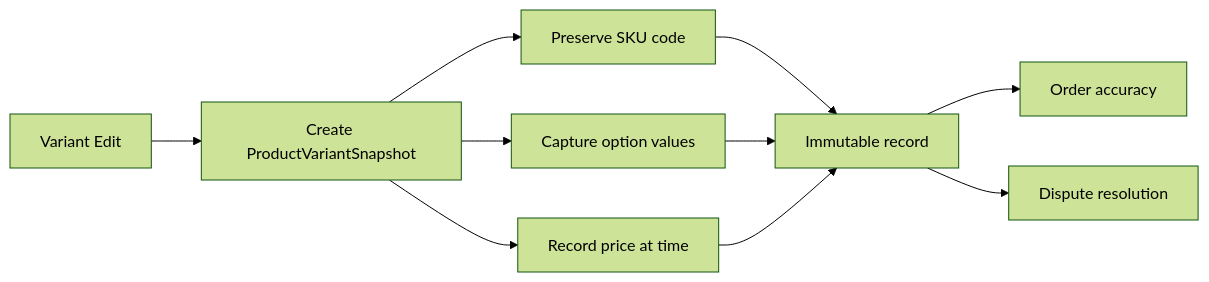
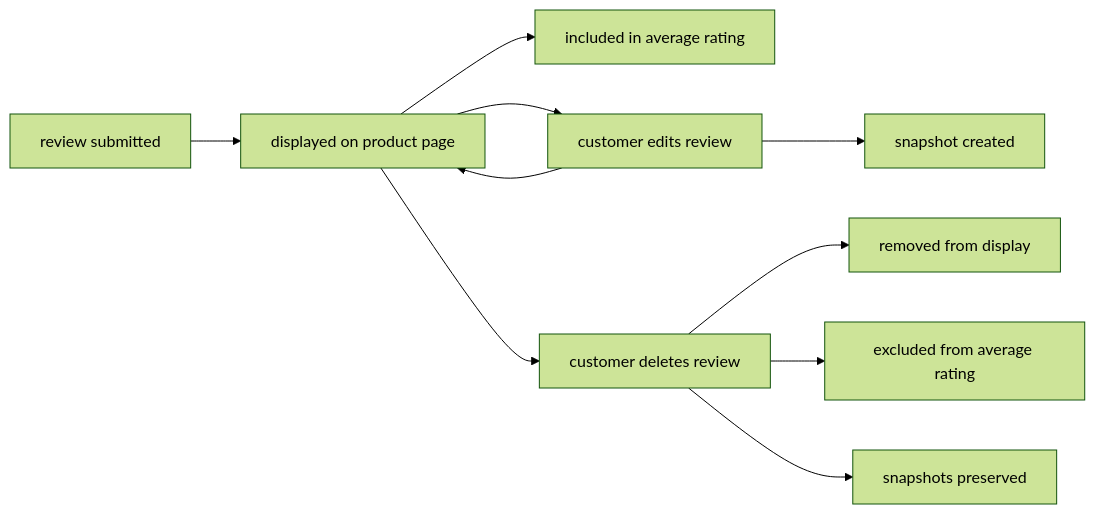
One commit to wrtnlabs/autobe-examples changed the second of 6 diagrams in qwen/qwen3.5-397b-a17b/shopping/docs/analysis/02-domain-model.md. Above: the diagram before and after it, drawn with Mermaid (forest theme). The commit also changed other lines of this file and 9017 other files, not shown here.

````diff
--- a/qwen/qwen3.5-397b-a17b/shopping/docs/analysis/02-domain-model.md
+++ b/qwen/qwen3.5-397b-a17b/shopping/docs/analysis/02-domain-model.md
@@ -440,12 +388,12 @@
 ```mermaid
 flowchart LR
-    A["Variant Edit"] --> B["Create ProductVariantSnapshot"]
-    B --> C["Preserve SKU code"]
-    B --> D["Capture option values"]
-    B --> E["Record price at time"]
-    C --> F["Immutable record"]
-    D --> F
-    E --> F
-    F --> G["Order accuracy"]
-    F --> H["Dispute resolution"]
+    A["review submitted"] --> B["displayed on product page"]
+    B --> C["included in average rating"]
+    B --> D["customer edits review"]
+    D --> E["snapshot created"]
+    D --> B
+    B --> F["customer deletes review"]
+    F --> G["removed from display"]
+    F --> H["excluded from average rating"]
+    F --> I["snapshots preserved"]
 ```
````
